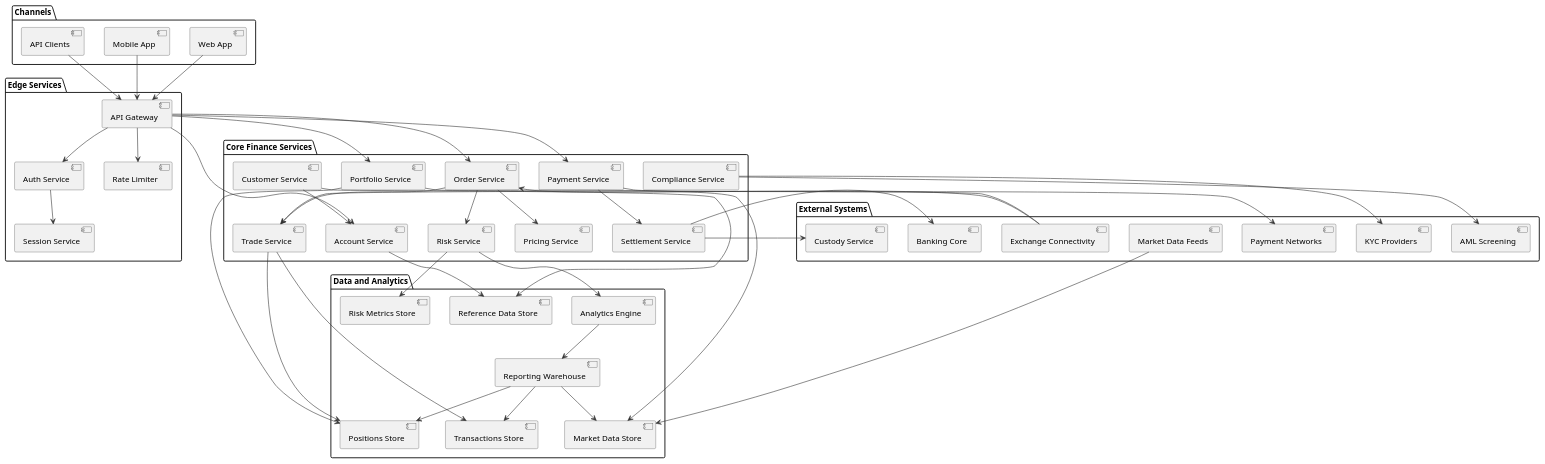
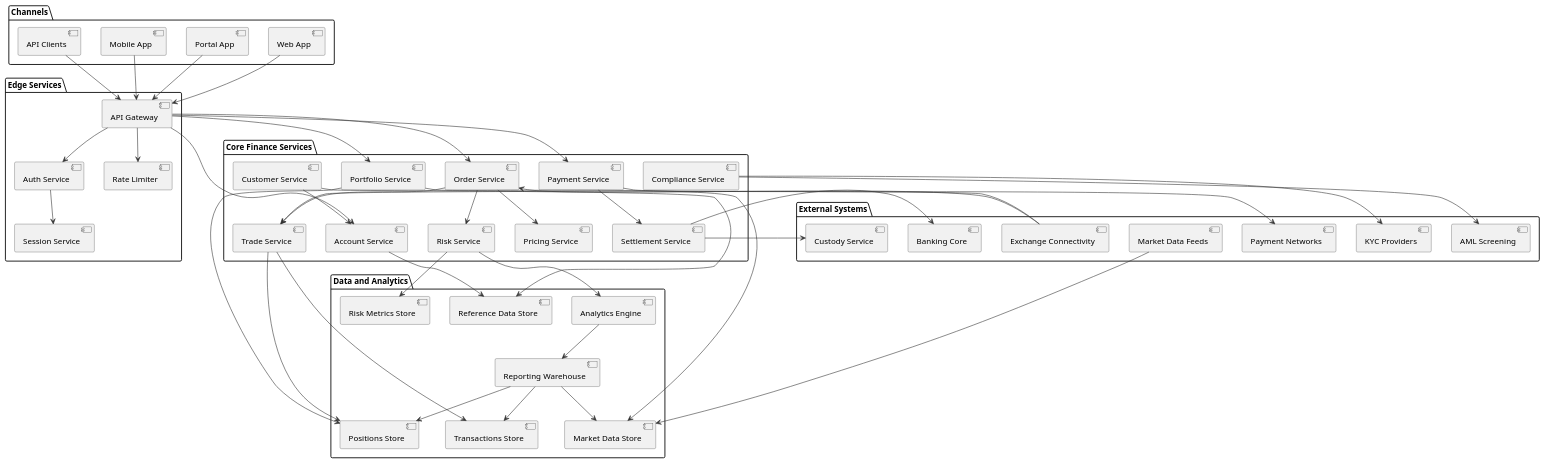
Before and after one commit to felixzhu97/finpulse: the diagram in docs/en/product/domain/finance-system.puml, drawn with PlantUML. The commit also changed 677 other files, not shown here.

```diff
--- a/docs/en/product/domain/finance-system.puml
+++ b/docs/en/product/domain/finance-system.puml
@@ -1,99 +1,101 @@
 @startuml
 
 skinparam component {
   BorderColor #333333
   ArrowColor #333333
 }
 
 package "Channels" {
   component "Web App" as WebApp
+  component "Portal App" as PortalApp
   component "Mobile App" as MobileApp
   component "API Clients" as ApiClients
 }
 
 package "Edge Services" {
   component "API Gateway" as ApiGateway
   component "Auth Service" as AuthService
   component "Session Service" as SessionService
   component "Rate Limiter" as RateLimiter
 }
 
 package "Core Finance Services" {
   component "Account Service" as AccountService
   component "Customer Service" as CustomerService
   component "Portfolio Service" as PortfolioService
   component "Order Service" as OrderService
   component "Trade Service" as TradeService
   component "Payment Service" as PaymentService
   component "Settlement Service" as SettlementService
   component "Risk Service" as RiskService
   component "Pricing Service" as PricingService
   component "Compliance Service" as ComplianceService
 }
 
 package "Data and Analytics" {
   component "Positions Store" as PositionsStore
   component "Transactions Store" as TransactionsStore
   component "Reference Data Store" as ReferenceDataStore
   component "Market Data Store" as MarketDataStore
   component "Risk Metrics Store" as RiskMetricsStore
   component "Reporting Warehouse" as ReportingWarehouse
   component "Analytics Engine" as AnalyticsEngine
 }
 
 package "External Systems" {
   component "Banking Core" as BankingCore
   component "Exchange Connectivity" as ExchangeConnectivity
   component "Custody Service" as CustodyService
   component "Payment Networks" as PaymentNetworks
   component "Market Data Feeds" as MarketDataFeeds
   component "KYC Providers" as KycProviders
   component "AML Screening" as AmlScreening
 }
 
 WebApp --> ApiGateway
+PortalApp --> ApiGateway
 MobileApp --> ApiGateway
 ApiClients --> ApiGateway
 
 ApiGateway --> RateLimiter
 ApiGateway --> AuthService
 AuthService --> SessionService
 
 ApiGateway --> AccountService
 ApiGateway --> PortfolioService
 ApiGateway --> OrderService
 ApiGateway --> PaymentService
 
 CustomerService --> AccountService
 PortfolioService --> PositionsStore
 PortfolioService --> MarketDataStore
 
 OrderService --> TradeService
 OrderService --> RiskService
 OrderService --> PricingService
 TradeService --> PositionsStore
 TradeService --> TransactionsStore
 
 PaymentService --> SettlementService
 PaymentService --> PaymentNetworks
 SettlementService --> BankingCore
 SettlementService --> CustodyService
 
 RiskService --> RiskMetricsStore
 RiskService --> AnalyticsEngine
 ComplianceService --> AmlScreening
 ComplianceService --> KycProviders
 
 AnalyticsEngine --> ReportingWarehouse
 ReportingWarehouse --> PositionsStore
 ReportingWarehouse --> TransactionsStore
 ReportingWarehouse --> MarketDataStore
 
 MarketDataFeeds --> MarketDataStore
 ExchangeConnectivity --> TradeService
 ExchangeConnectivity --> OrderService
 
 AccountService --> ReferenceDataStore
 CustomerService --> ReferenceDataStore
 
 @enduml
```
